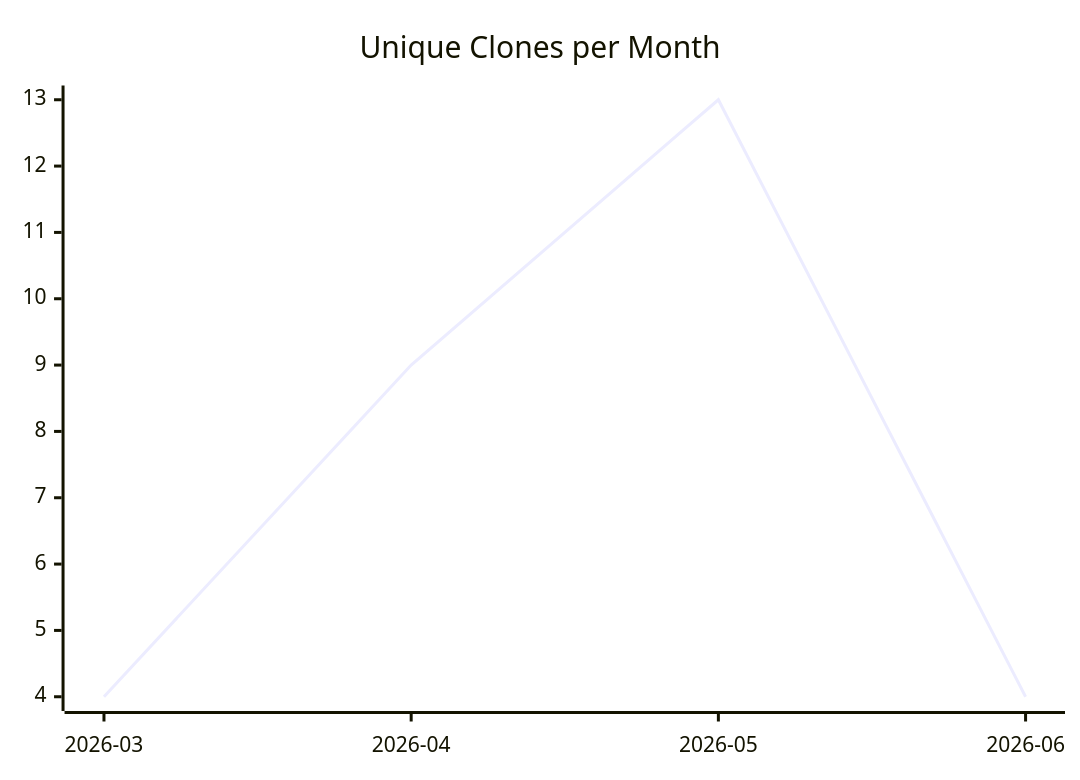
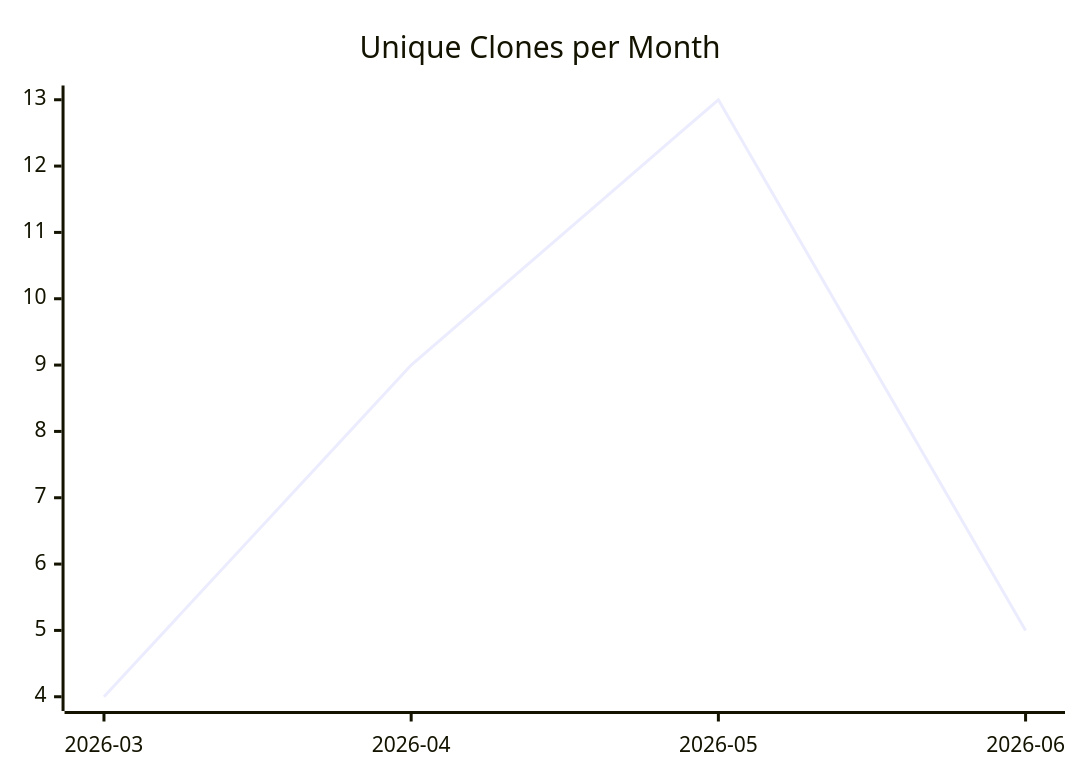
Before and after one commit to justdavis-family/github-analytics-data: the third of 3 diagrams in karlmdavis/justdavis-puppet/README.md, drawn with Mermaid. The commit also changed other lines of this file and 196 other files, not shown here.

````diff
--- a/karlmdavis/justdavis-puppet/README.md
+++ b/karlmdavis/justdavis-puppet/README.md
@@ -19,6 +19,6 @@
 ```mermaid
 xychart-beta
   title "Unique Clones per Month"
   x-axis ["2026-03", "2026-04", "2026-05", "2026-06"]
-  line [4, 9, 13, 4]
+  line [4, 9, 13, 5]
 ```
````
